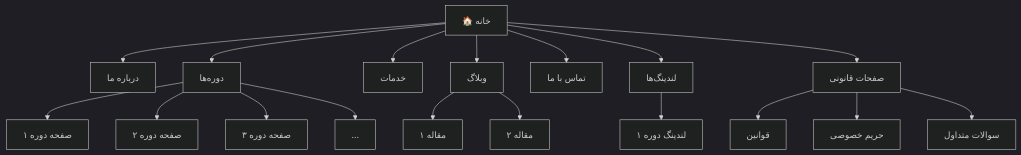
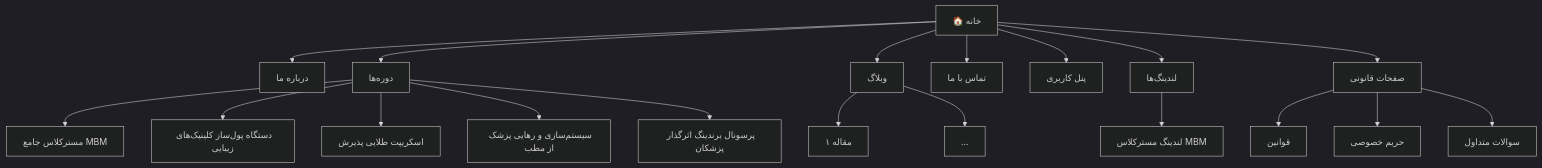
Before and after one commit to im-jvd2/Medical-Business: the first of 2 diagrams in docs/05-site-architecture.md, drawn with Mermaid (dark theme). The commit also changed other lines of this file and 32 other files, not shown here.

````diff
--- a/docs/05-site-architecture.md
+++ b/docs/05-site-architecture.md
@@ -9,20 +10,21 @@
 ```mermaid
 flowchart TD
     Home[🏠 خانه] --> About[درباره ما]
     Home --> Courses[دوره‌ها]
-    Home --> Services[خدمات]
     Home --> Blog[وبلاگ]
     Home --> Contact[تماس با ما]
-    Courses --> Course1[صفحه دوره ۱]
-    Courses --> Course2[صفحه دوره ۲]
-    Courses --> Course3[صفحه دوره ۳]
-    Courses --> CourseN[...]
+    Home --> Dashboard[پنل کاربری]
+    Courses --> MBM[مسترکلاس جامع MBM]
+    Courses --> AES[دستگاه پول‌ساز کلینیک‌های زیبایی]
+    Courses --> RCP[اسکریپت طلایی پذیرش]
+    Courses --> SOP[سیستم‌سازی و رهایی پزشک از مطب]
+    Courses --> BRD[پرسونال برندینگ اثرگذار پزشکان]
     Blog --> Post1[مقاله ۱]
-    Blog --> Post2[مقاله ۲]
+    Blog --> PostN[...]
     Home --> Landing[لندینگ‌ها]
-    Landing --> L1[لندینگ دوره ۱]
+    Landing --> LP1[لندینگ مسترکلاس MBM]
     Home --> Legal[صفحات قانونی]
     Legal --> Terms[قوانین]
     Legal --> Privacy[حریم خصوصی]
     Legal --> FAQ[سوالات متداول]
 ```
````
